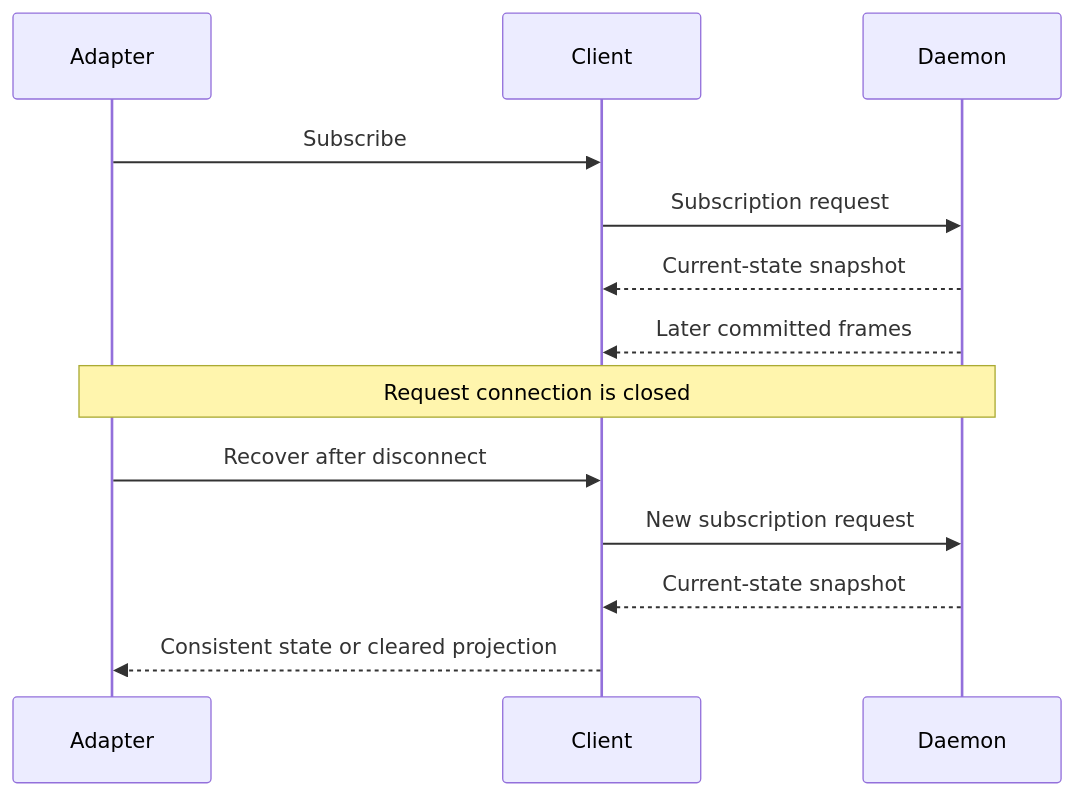
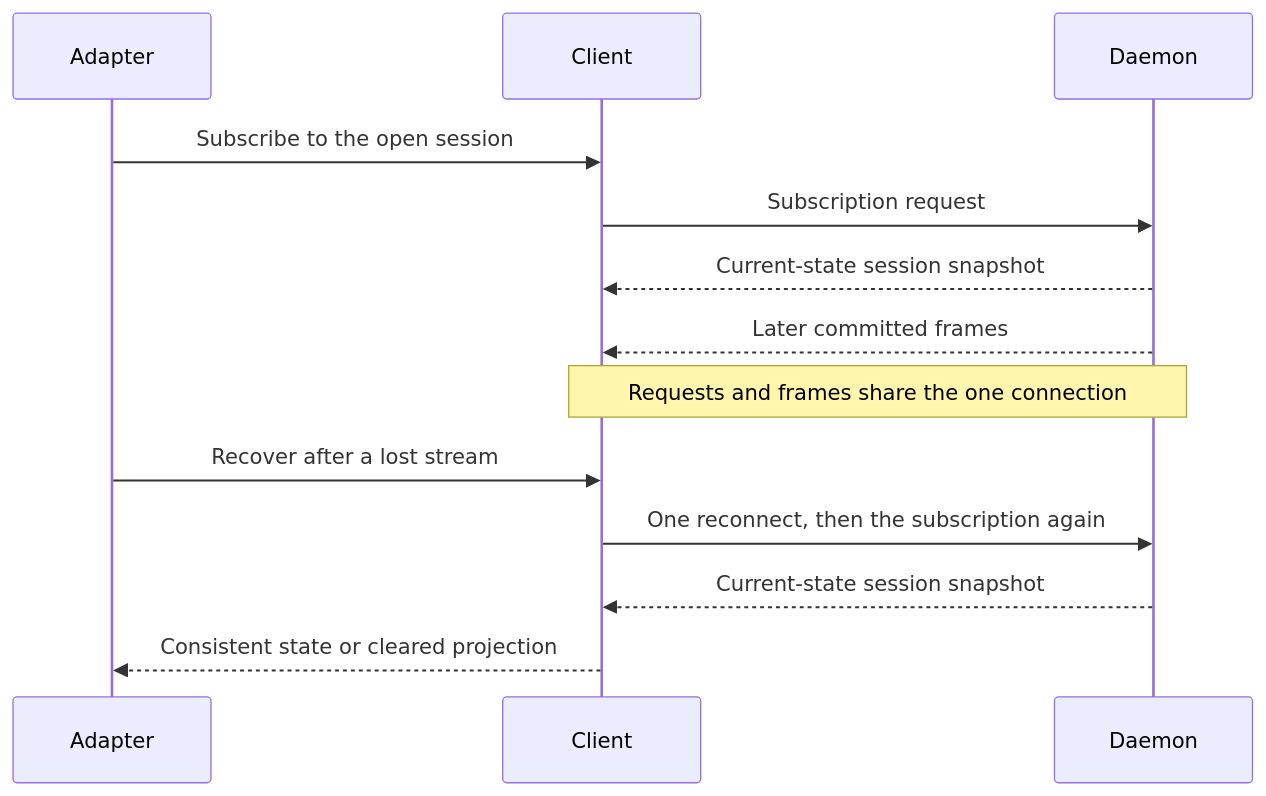
One commit to y0tsy/intention-relay changed the second of 2 diagrams in docs/intention-relay/architecture/03-daemon-transport-and-adapters.md. Above: the diagram before and after it, drawn with Mermaid. The commit also changed other lines of this file and 1085 other files, not shown here.

````diff
--- a/docs/intention-relay/architecture/03-daemon-transport-and-adapters.md
+++ b/docs/intention-relay/architecture/03-daemon-transport-and-adapters.md
@@ -199,16 +219,16 @@
 ```mermaid
 sequenceDiagram
   participant AD as Adapter
   participant CL as Client
   participant DM as Daemon
 
-  AD->>CL: Subscribe
+  AD->>CL: Subscribe to the open session
   CL->>DM: Subscription request
-  DM-->>CL: Current-state snapshot
+  DM-->>CL: Current-state session snapshot
   DM-->>CL: Later committed frames
-  Note over AD,DM: Request connection is closed
-  AD->>CL: Recover after disconnect
-  CL->>DM: New subscription request
-  DM-->>CL: Current-state snapshot
+  Note over CL,DM: Requests and frames share the one connection
+  AD->>CL: Recover after a lost stream
+  CL->>DM: One reconnect, then the subscription again
+  DM-->>CL: Current-state session snapshot
   CL-->>AD: Consistent state or cleared projection
 ```
````
